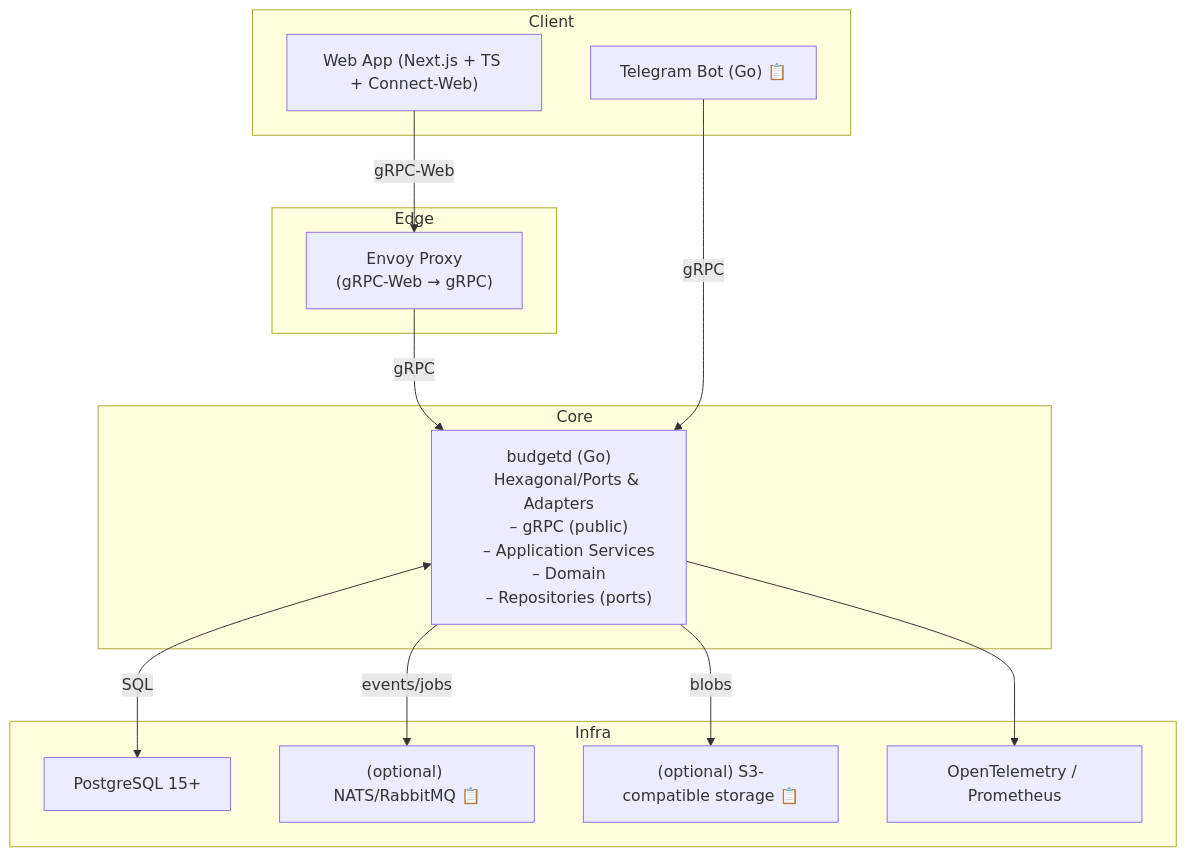
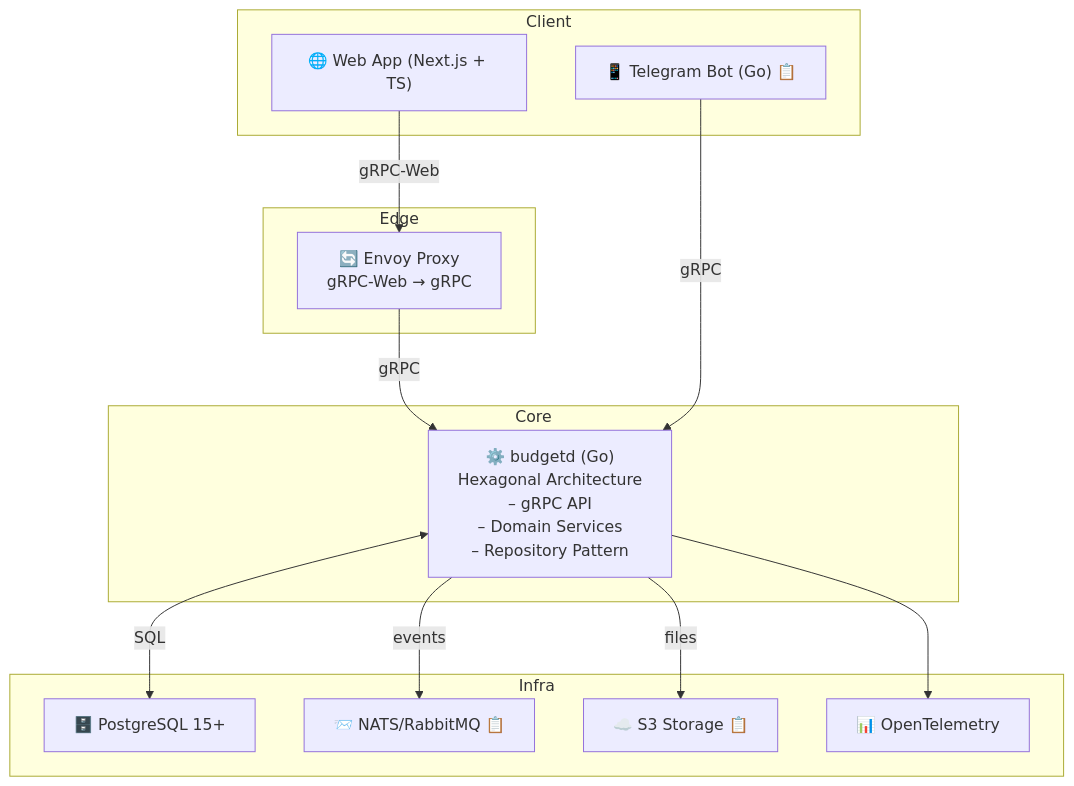
Before and after one commit to positron48/budget: the diagram in README.md, drawn with Mermaid. The commit also changed other lines of this file, not shown here.

````diff
--- a/README.md
+++ b/README.md
@@ -26,35 +82,29 @@
 ```mermaid
 flowchart TB
   subgraph Client
-    Web["Web App (Next.js + TS + Connect-Web)"]
-    TG["Telegram Bot (Go) 📋"]
+    Web["🌐 Web App (Next.js + TS)"]
+    TG["📱 Telegram Bot (Go) 📋"]
   end
 
   subgraph Edge
-    Envoy["Envoy Proxy
-    (gRPC-Web → gRPC)"]
+    Envoy["🔄 Envoy Proxy<br/>gRPC-Web → gRPC"]
   end
 
   subgraph Core
-    Budgetd["budgetd (Go)
-    Hexagonal/Ports & Adapters
-    – gRPC (public)
-    – Application Services
-    – Domain
-    – Repositories (ports)"]
+    Budgetd["⚙️ budgetd (Go)<br/>Hexagonal Architecture<br/>– gRPC API<br/>– Domain Services<br/>– Repository Pattern"]
   end
 
   subgraph Infra
-    PG["PostgreSQL 15+"]
-    MQ["(optional) NATS/RabbitMQ 📋"]
-    S3["(optional) S3-compatible storage 📋"]
-    OTEL["OpenTelemetry / Prometheus"]
+    PG["🗄️ PostgreSQL 15+"]
+    MQ["📨 NATS/RabbitMQ 📋"]
+    S3["☁️ S3 Storage 📋"]
+    OTEL["📊 OpenTelemetry"]
   end
 
   Web -->|gRPC-Web| Envoy -->|gRPC| Budgetd
   TG -->|gRPC| Budgetd
   Budgetd <-->|SQL| PG
-  Budgetd -->|events/jobs| MQ
-  Budgetd -->|blobs| S3
+  Budgetd -->|events| MQ
+  Budgetd -->|files| S3
   Budgetd --> OTEL
 ```
````
